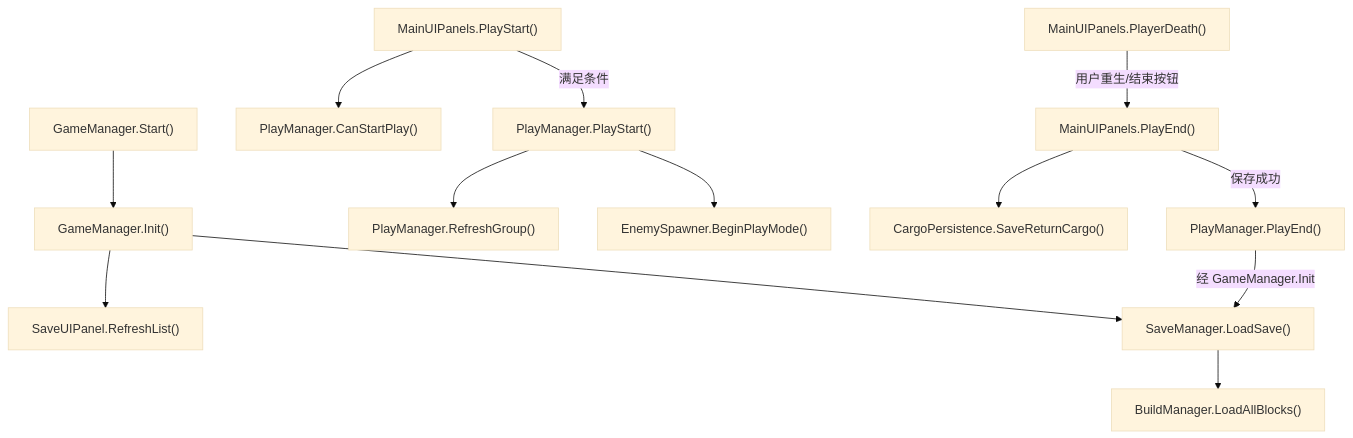
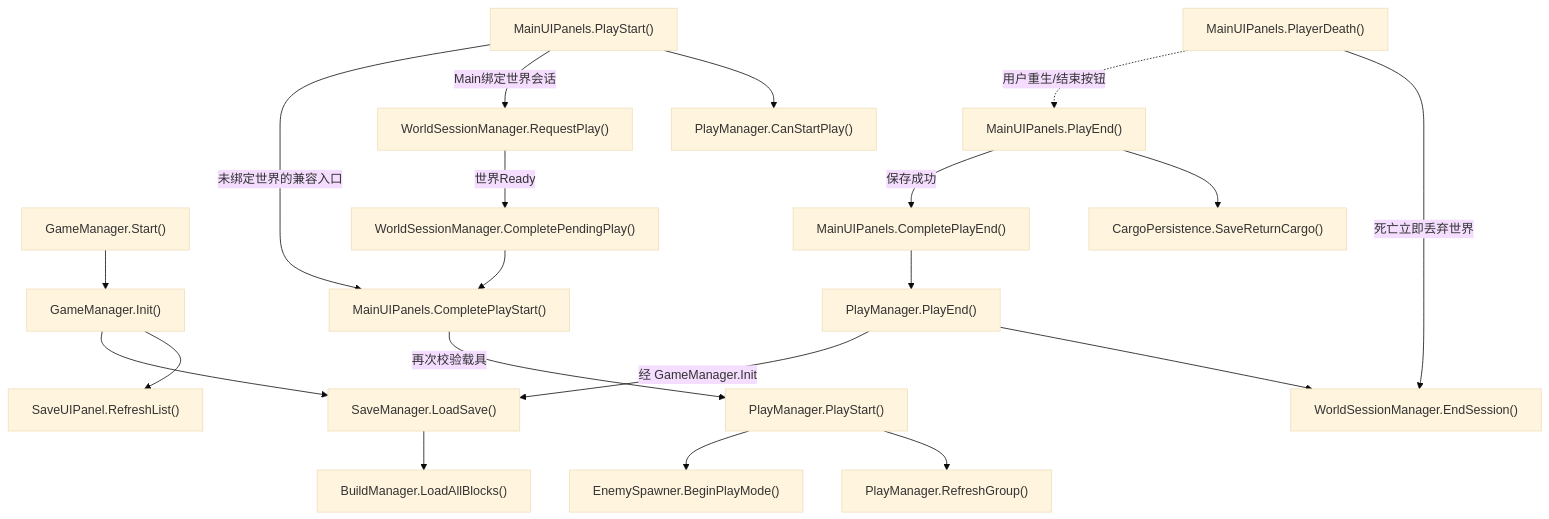
Before and after one commit to kukudia/HY-Sandbox: the second of 17 diagrams in Docs/RuntimeFlow.md, drawn with Mermaid (base theme). The commit also changed other lines of this file and 43 other files, not shown here.

First line of the commit message:
feat(world): stream Main world and buildings per play session

````diff
--- a/Docs/RuntimeFlow.md
+++ b/Docs/RuntimeFlow.md
@@ -105,43 +105,60 @@
 ```mermaid
 flowchart TD
     A["GameManager.Start()"]
     click A "../Assets/Scripts/Features/Bootstrap/GameManager.cs#L15" "打开源码"
     B["GameManager.Init()"]
     click B "../Assets/Scripts/Features/Bootstrap/GameManager.cs#L20" "打开源码"
     C["SaveUIPanel.RefreshList()"]
     click C "../Assets/Scripts/Features/Building/SaveUIPanel.cs#L17" "打开源码"
     D["SaveManager.LoadSave()"]
     click D "../Assets/Scripts/Features/Building/SaveManager.cs#L187" "打开源码"
     E["BuildManager.LoadAllBlocks()"]
     click E "../Assets/Scripts/Features/Building/BuildManager.cs#L562" "打开源码"
     F["MainUIPanels.PlayStart()"]
     click F "../Assets/Scripts/Features/Presentation/MainUIPanels.cs#L226" "打开源码"
     G["PlayManager.CanStartPlay()"]
-    click G "../Assets/Scripts/Features/Simulation/PlayManager.cs#L113" "打开源码"
+    click G "../Assets/Scripts/Features/Simulation/PlayManager.cs#L133" "打开源码"
     H["PlayManager.PlayStart()"]
-    click H "../Assets/Scripts/Features/Simulation/PlayManager.cs#L84" "打开源码"
+    click H "../Assets/Scripts/Features/Simulation/PlayManager.cs#L88" "打开源码"
     I["PlayManager.RefreshGroup()"]
-    click I "../Assets/Scripts/Features/Simulation/PlayManager.cs#L148" "打开源码"
+    click I "../Assets/Scripts/Features/Simulation/PlayManager.cs#L168" "打开源码"
     J["EnemySpawner.BeginPlayMode()"]
     click J "../Assets/Scripts/Features/Combat/EnemySpawner.cs#L43" "打开源码"
     K["MainUIPanels.PlayEnd()"]
-    click K "../Assets/Scripts/Features/Presentation/MainUIPanels.cs#L241" "打开源码"
+    click K "../Assets/Scripts/Features/Presentation/MainUIPanels.cs#L263" "打开源码"
     L["CargoPersistence.SaveReturnCargo()"]
     click L "../Assets/Scripts/Features/Salvage/CargoPersistence.cs#L11" "打开源码"
     M["PlayManager.PlayEnd()"]
-    click M "../Assets/Scripts/Features/Simulation/PlayManager.cs#L246" "打开源码"
+    click M "../Assets/Scripts/Features/Simulation/PlayManager.cs#L266" "打开源码"
     N["MainUIPanels.PlayerDeath()"]
-    click N "../Assets/Scripts/Features/Presentation/MainUIPanels.cs#L255" "打开源码"
+    click N "../Assets/Scripts/Features/Presentation/MainUIPanels.cs#L282" "打开源码"
+    O["WorldSessionManager.RequestPlay()"]
+    click O "../Assets/Scripts/Features/World/WorldSessionManager.cs#L111" "打开源码"
+    P["WorldSessionManager.CompletePendingPlay()"]
+    click P "../Assets/Scripts/Features/World/WorldSessionManager.cs#L134" "打开源码"
+    Q["MainUIPanels.CompletePlayStart()"]
+    click Q "../Assets/Scripts/Features/Presentation/MainUIPanels.cs#L243" "打开源码"
+    R["MainUIPanels.CompletePlayEnd()"]
+    click R "../Assets/Scripts/Features/Presentation/MainUIPanels.cs#L273" "打开源码"
+    S["WorldSessionManager.EndSession()"]
+    click S "../Assets/Scripts/Features/World/WorldSessionManager.cs#L195" "打开源码"
     A --> B
     B --> C
     B --> D
     D --> E
     F --> G
-    F -->|满足条件| H
+    F -->|Main绑定世界会话| O
+    O -->|世界Ready| P
+    P --> Q
+    Q -->|再次校验载具| H
+    F -->|未绑定世界的兼容入口| Q
     H --> I
     H --> J
     K --> L
-    K -->|保存成功| M
+    K -->|保存成功| R
+    R --> M
+    M --> S
     M -->|经 GameManager.Init| D
-    N -->|用户重生/结束按钮| K
+    N -->|死亡立即丢弃世界| S
+    N -.->|用户重生/结束按钮| K
 ```
````
